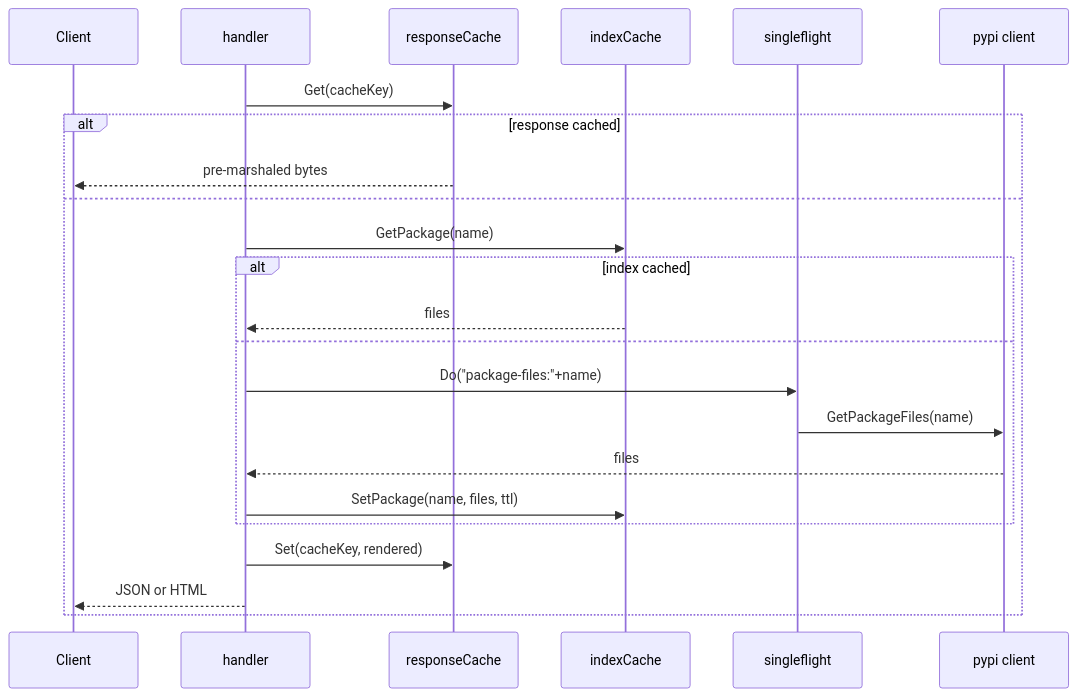
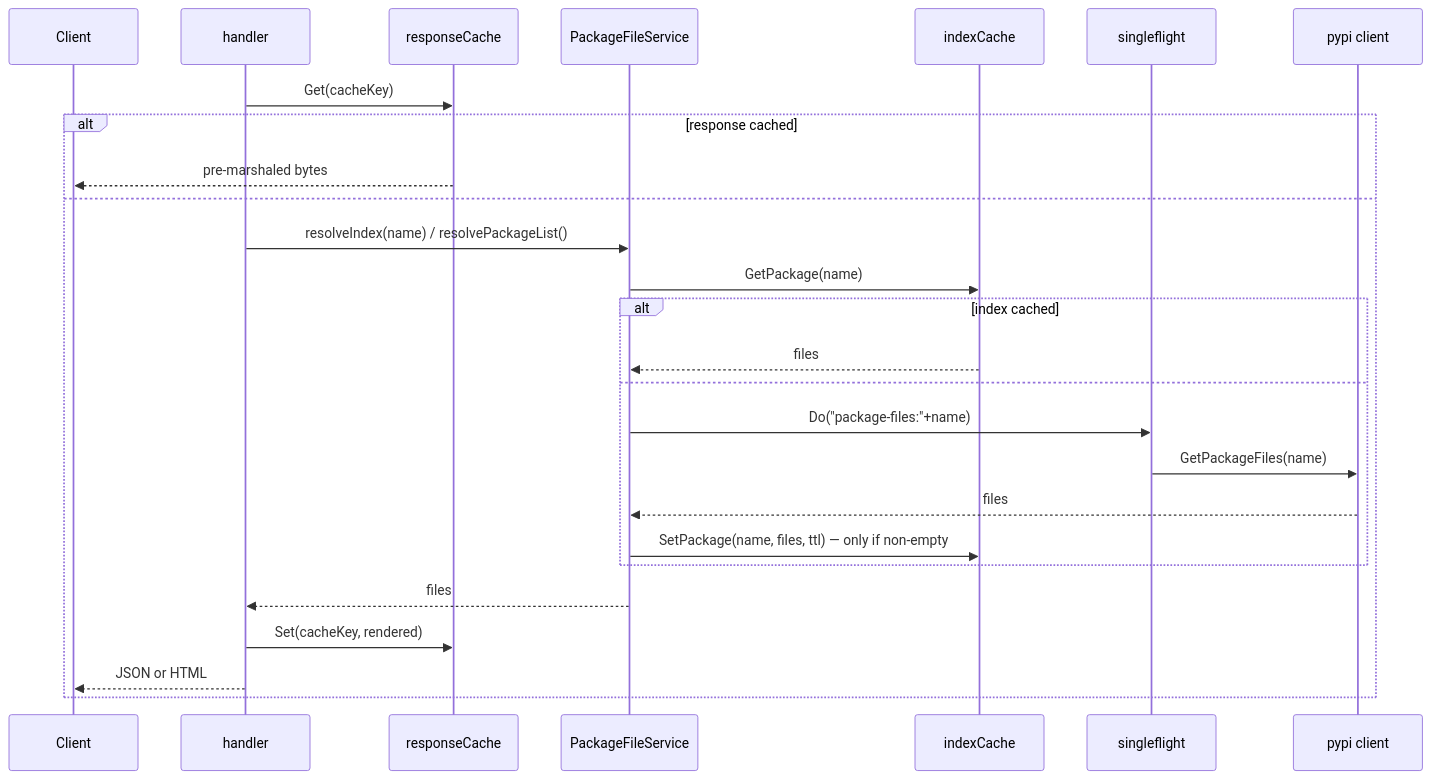
The second of 4 diagrams in docs/architecture.md (huyhandes/groxpi), drawn with Mermaid before and after one commit. The commit also changed other lines of this file and 5 other files, not shown here.

````diff
--- a/docs/architecture.md
+++ b/docs/architecture.md
@@ -65,25 +67,28 @@
 ```mermaid
 sequenceDiagram
   participant C as Client
   participant H as handler
   participant RC as responseCache
+  participant PFS as PackageFileService
   participant IC as indexCache
   participant SF as singleflight
   participant PY as pypi client
   H->>RC: Get(cacheKey)
   alt response cached
     RC-->>C: pre-marshaled bytes
   else
-    H->>IC: GetPackage(name)
+    H->>PFS: resolveIndex(name) / resolvePackageList()
+    PFS->>IC: GetPackage(name)
     alt index cached
-      IC-->>H: files
+      IC-->>PFS: files
     else
-      H->>SF: Do("package-files:"+name)
+      PFS->>SF: Do("package-files:"+name)
       SF->>PY: GetPackageFiles(name)
-      PY-->>H: files
-      H->>IC: SetPackage(name, files, ttl)
+      PY-->>PFS: files
+      PFS->>IC: SetPackage(name, files, ttl) — only if non-empty
     end
+    PFS-->>H: files
     H->>RC: Set(cacheKey, rendered)
     H-->>C: JSON or HTML
   end
 ```
````
